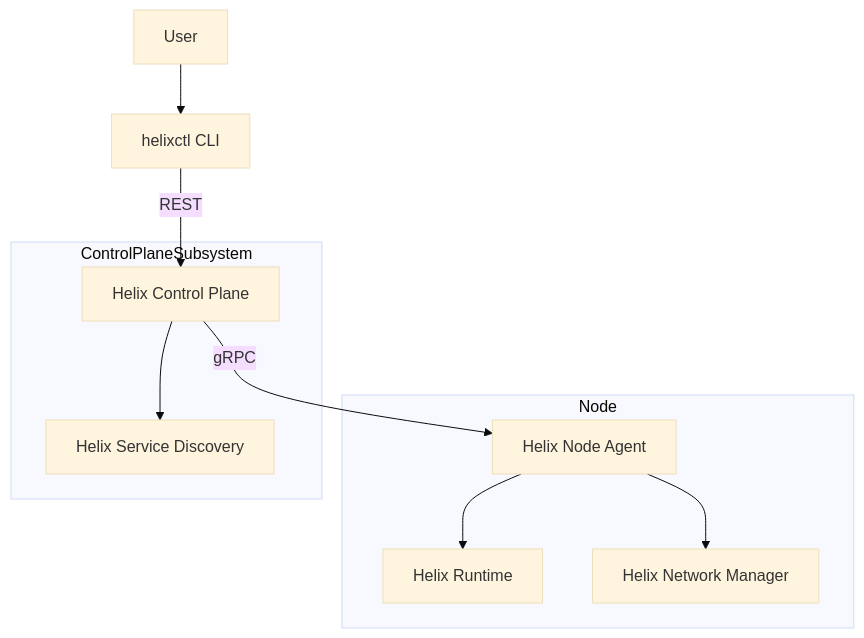
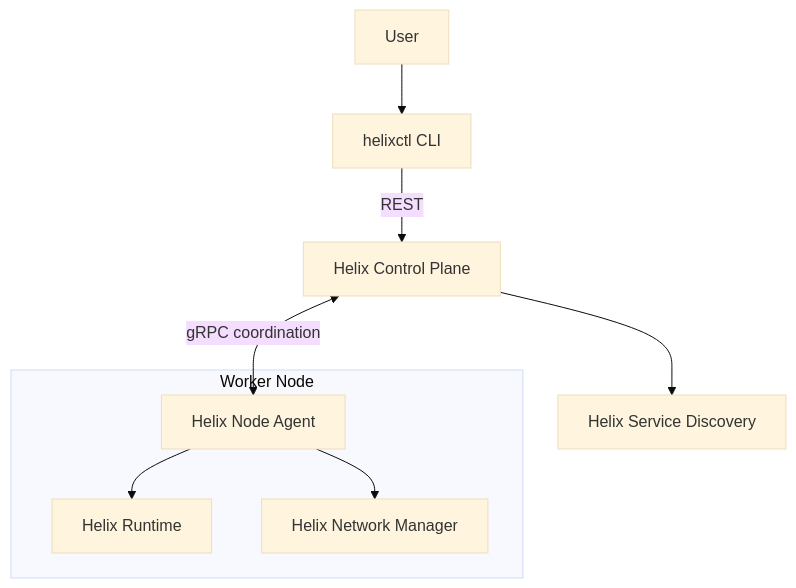
The diagram in README.md (yamaankhan20/helixctl), drawn with Mermaid (base theme) before and after one commit. The commit also changed 7 other files, not shown here.

````diff
--- a/README.md
+++ b/README.md
@@ -20,13 +20,14 @@
 ```mermaid
 flowchart TB
     U[User] --> CLI[helixctl CLI]
     CLI -- REST --> CP[Helix Control Plane]
-    CP -- gRPC --> NA[Helix Node Agent]
-    subgraph Node
-        NA --> Runtime[Helix Runtime]
+
+    CP <-->|gRPC coordination| NA[Helix Node Agent]
+
+    subgraph Node[Worker Node]
+        NA --> RT[Helix Runtime]
         NA --> NM[Helix Network Manager]
     end
-    subgraph ControlPlaneSubsystem
-        CP --> SD[Helix Service Discovery]
-    end
+
+    CP --> SD[Helix Service Discovery]
 ```
````
